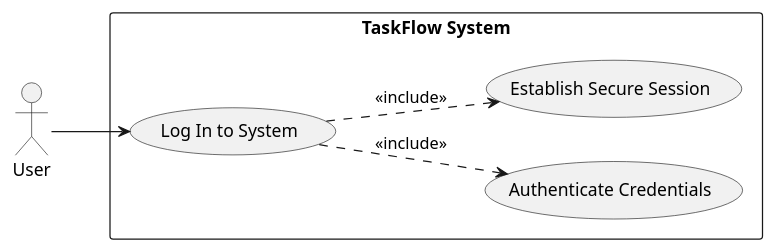
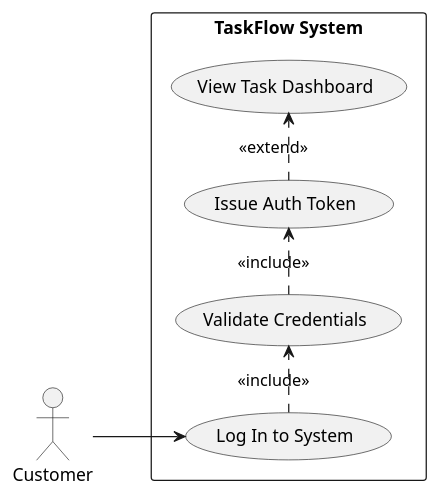
The second of 9 diagrams in artifacts/spec/spec.md (Chaman532003/framework), drawn with PlantUML before and after one commit. The commit also changed other lines of this file, not shown here.

````diff
--- a/artifacts/spec/spec.md
+++ b/artifacts/spec/spec.md
@@ -285,18 +283,20 @@
 ```plantuml
 @startuml
 left to right direction
 skinparam packageStyle rectangle
 
-actor User
+actor Customer
 
 rectangle "TaskFlow System" {
   usecase (Log In to System) as UC2
-  usecase (Authenticate Credentials) as UC_Auth
-  usecase (Establish Secure Session) as UC_Session
+  usecase (Validate Credentials) as UC2_1
+  usecase (Issue Auth Token) as UC2_2
+  usecase (View Task Dashboard) as UC8
 }
 
-User --> UC2
-UC2 ..> UC_Auth : <<include>>
-UC2 ..> UC_Session : <<include>>
+Customer --> UC2
+UC2 .> UC2_1 : <<include>>
+UC2_1 .> UC2_2 : <<include>>
+UC2_2 .> UC8 : <<extend>>
 @enduml
 ```
````
